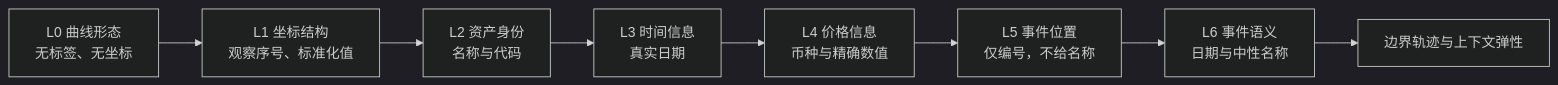
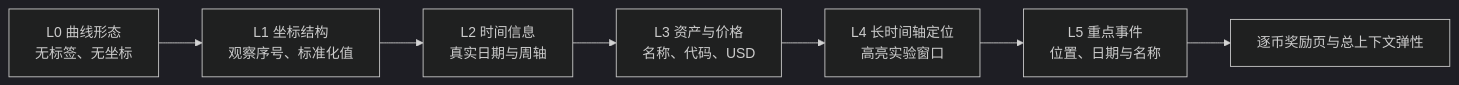
One commit to Zachary-Tu/blockchain-survey changed the diagram in docs/PROJECT_FRAMEWORK_ZH.md. Above: the diagram before and after it, drawn with Mermaid (dark theme). The commit also changed other lines of this file and 10 other files, not shown here.

Commit message:
Refine disclosure flow and add per-asset rewards

````diff
--- a/docs/PROJECT_FRAMEWORK_ZH.md
+++ b/docs/PROJECT_FRAMEWORK_ZH.md
@@ -63,10 +63,9 @@
 ```mermaid
 flowchart LR
     L0["L0 曲线形态<br/>无标签、无坐标"] --> L1["L1 坐标结构<br/>观察序号、标准化值"]
-    L1 --> L2["L2 资产身份<br/>名称与代码"]
-    L2 --> L3["L3 时间信息<br/>真实日期"]
-    L3 --> L4["L4 价格信息<br/>币种与精确数值"]
-    L4 --> L5["L5 事件位置<br/>仅编号，不给名称"]
-    L5 --> L6["L6 事件语义<br/>日期与中性名称"]
-    L6 --> R["边界轨迹与上下文弹性"]
+    L1 --> L2["L2 时间信息<br/>真实日期与周轴"]
+    L2 --> L3["L3 资产与价格<br/>名称、代码、USD"]
+    L3 --> L4["L4 长时间轴定位<br/>高亮实验窗口"]
+    L4 --> L5["L5 重点事件<br/>位置、日期与名称"]
+    L5 --> R["逐币奖励页与总上下文弹性"]
 ```
````
